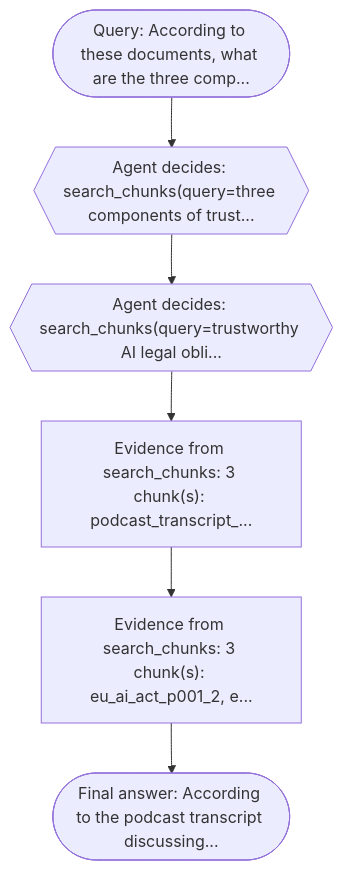
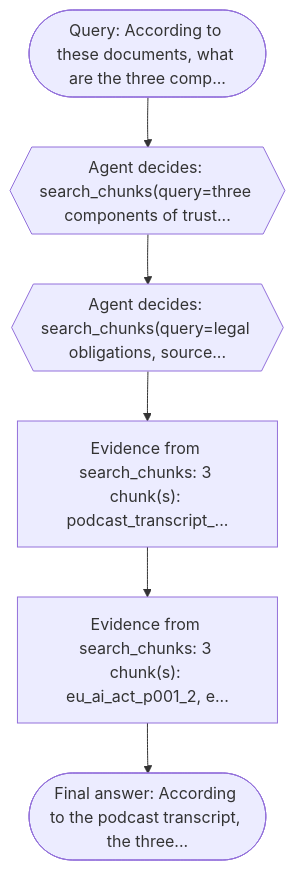
Before and after one commit to lou-PL-dev/LAB-Agents-that-speak-MCP-fluently: the diagram in execution_trace.mmd, drawn with Mermaid. The commit also changed 4 other files, not shown here.

```diff
--- a/execution_trace.mmd
+++ b/execution_trace.mmd
@@ -1,12 +1,12 @@
 flowchart TD
     n0(["Query: According to these documents, what are the three comp..."])
     n1{{"Agent decides: search_chunks(query=three components of trust..."}}
     n0 --> n1
-    n2{{"Agent decides: search_chunks(query=trustworthy AI legal obli..."}}
+    n2{{"Agent decides: search_chunks(query=legal obligations, source..."}}
     n1 --> n2
     n3["Evidence from search_chunks: 3 chunk(s): podcast_transcript_..."]
     n2 --> n3
     n4["Evidence from search_chunks: 3 chunk(s): eu_ai_act_p001_2, e..."]
     n3 --> n4
-    n5(["Final answer: According to the podcast transcript discussing..."])
+    n5(["Final answer: According to the podcast transcript, the three..."])
     n4 --> n5
```
